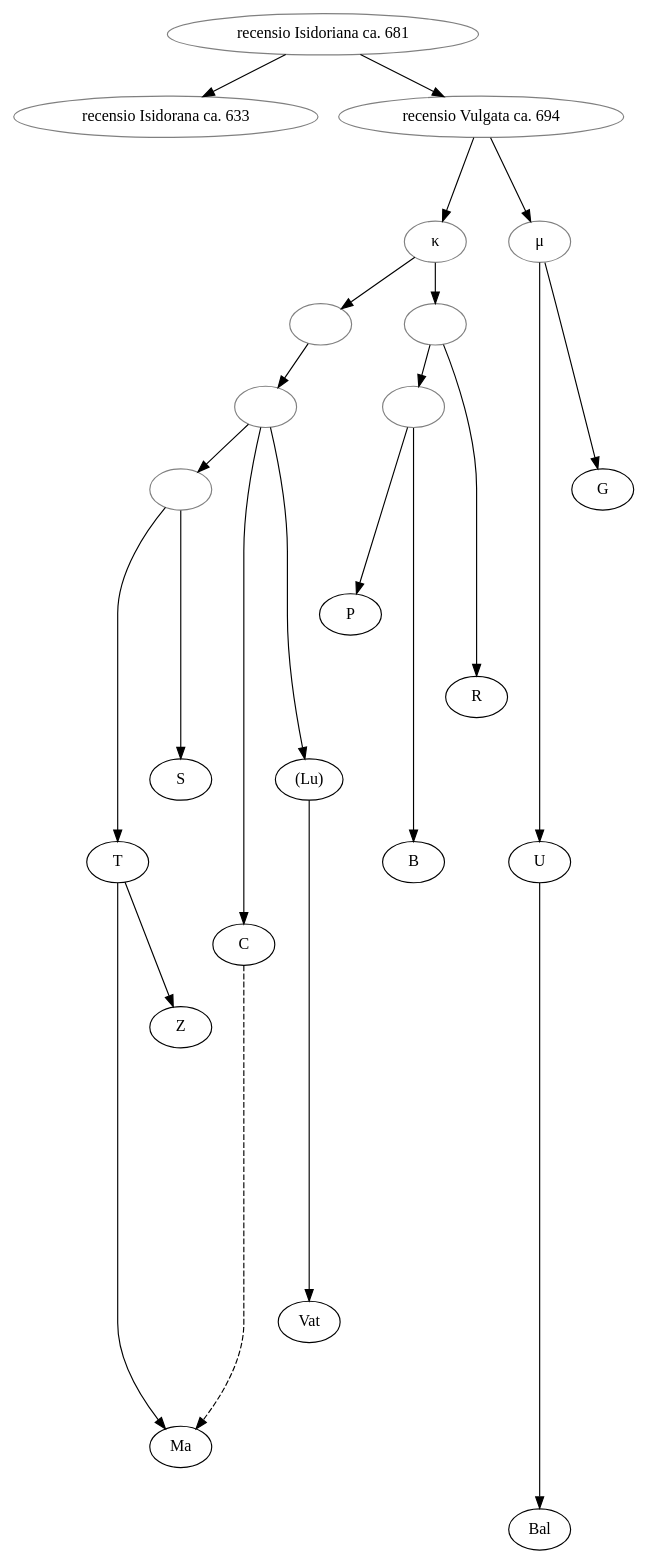
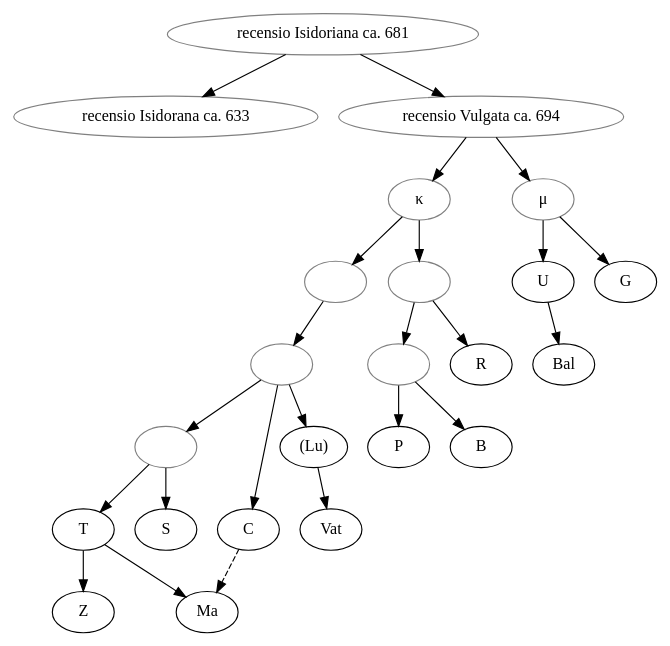
The diagram in data/lat/Martinez-Diez_1972_MontanusEpistulaeII/stemma.gv (OpenStemmata/database), drawn with Graphviz before and after one commit.

```diff
--- a/data/lat/Martinez-Diez_1972_MontanusEpistulaeII/stemma.gv
+++ b/data/lat/Martinez-Diez_1972_MontanusEpistulaeII/stemma.gv
@@ -1,58 +1,58 @@
 digraph {
 
- recensioI-> recensioJ
- recensioI-> recensioV
- recensioV-> kappa[minlen=2]
- kappa->1
- 1-> 2
- 2-> 3 
- 2->C[minlen=5]
- C->Ma [style=dashed]
- 2->Lu[minlen=5]
- Lu->Vat[minlen=9]
- 3->T[minlen=5]
- T->Z[minlen=2]
- T->Ma[minlen=10]
- 3->S[minlen=4]
- kappa->4
- 4->5
- 5->P[minlen=3]
- 5->B[minlen=6]
- 4->R[minlen=5]
- recensioV->mu[minlen=2]
- mu->U[minlen=8]
- U->Bal[minlen=11]
- mu->G[minlen=3]
+ recensioI-> recensioJ;
+ recensioI-> recensioV;
+ recensioV-> kappa;
+ kappa->1;
+ 1-> 2;
+ 2-> 3;
+ 2->C;
+ C->Ma [style=dashed];
+ 2->Lu;
+ Lu->Vat;
+ 3->T;
+ T->Z;
+ T->Ma;
+ 3->S;
+ kappa->4;
+ 4->5;
+ 5->P;
+ 5->B;
+ 4->R;
+ recensioV->mu;
+ mu->U;
+ U->Bal;
+ mu->G;
 
 
 
 
 
 
 
 
 
    recensioI[label="recensio Isidoriana ca. 681", color=grey];
    recensioV[label="recensio Vulgata ca. 694", color=grey];
    recensioJ[label="recensio Isidorana ca. 633", color=grey];
    kappa[label="κ", color=grey];
    mu[label="μ ", color=grey];
    G[label="G"];
    U[label="U"];
    Bal[label="Bal"];
    P[label="P"];
    B[label="B"];
    R[label="R"];
    T[label="T"];
    S[label="S"];
    C[label="C"];
    Lu[label="(Lu)"];
    Vat[label="Vat"];
    Z[label="Z"];
    Ma[label="Ma"];
    1[label="",color=grey];
    2[label="",color=grey];
    3[label="",color=grey];
    4[label="",color=grey];
    5[label="",color=grey];
 }
```
